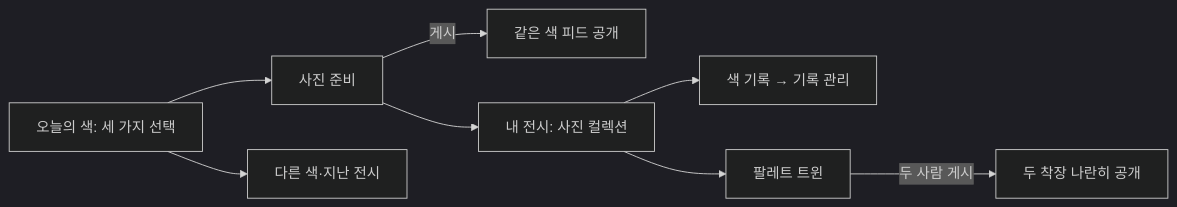
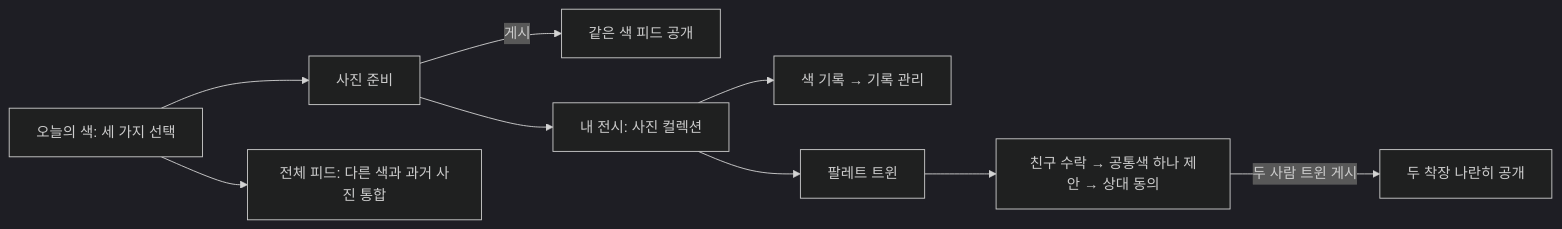
The first of 2 diagrams in .codex/temp/prototype/20260906-minimal-gallery/prototype.md (konga22/Esel), drawn with Mermaid (dark theme) before and after one commit. The commit also changed other lines of this file and 26 other files, not shown here.

````diff
--- a/.codex/temp/prototype/20260906-minimal-gallery/prototype.md
+++ b/.codex/temp/prototype/20260906-minimal-gallery/prototype.md
@@ -27,10 +27,11 @@
 ```mermaid
 flowchart LR
     A["오늘의 색: 세 가지 선택"] --> B["사진 준비"]
     B -->|"게시"| C["같은 색 피드 공개"]
-    A --> D["다른 색·지난 전시"]
+    A --> D["전체 피드: 다른 색과 과거 사진 통합"]
     B --> E["내 전시: 사진 컬렉션"]
     E --> F["색 기록 → 기록 관리"]
     E --> G["팔레트 트윈"]
-    G -->|"두 사람 게시"| H["두 착장 나란히 공개"]
+    G --> I["친구 수락 → 공통색 하나 제안 → 상대 동의"]
+    I -->|"두 사람 트윈 게시"| H["두 착장 나란히 공개"]
 ```
````
